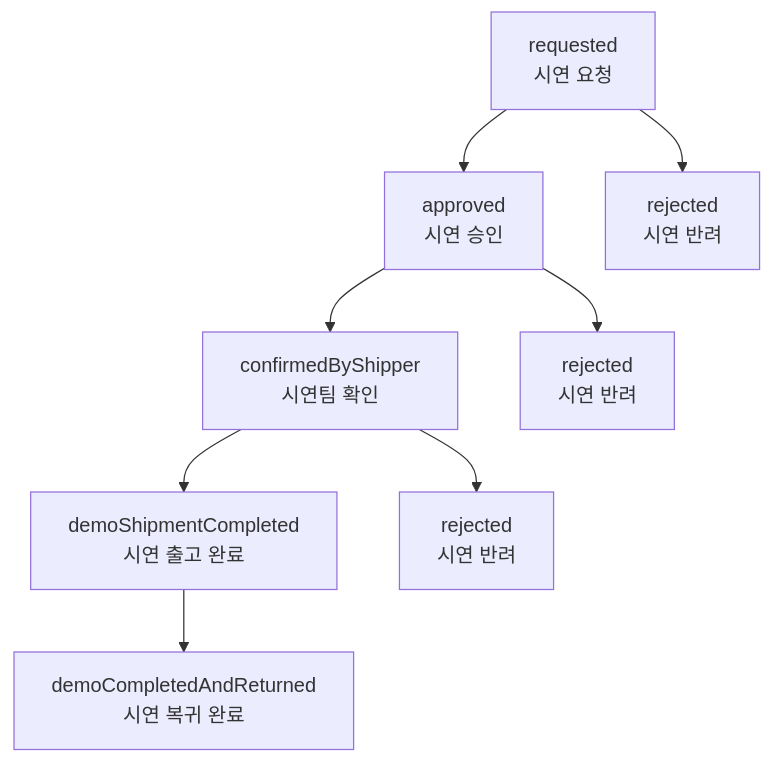
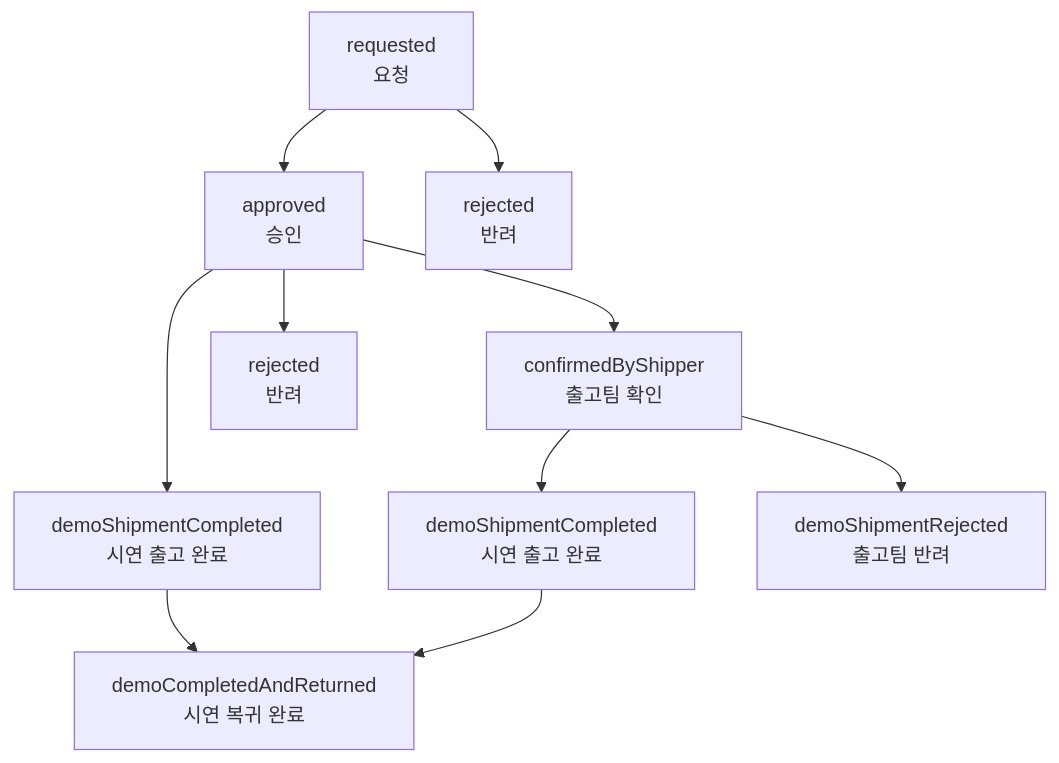
Before and after one commit to S-Soo100/Resource-Planning-System: the diagram in docs/demo-system-business-logic.md, drawn with Mermaid. The commit also changed other lines of this file and 5 other files, not shown here.

````diff
--- a/docs/demo-system-business-logic.md
+++ b/docs/demo-system-business-logic.md
@@ -29,10 +29,12 @@
 ```mermaid
 graph TD
-    A[requested<br/>시연 요청] --> B[approved<br/>시연 승인]
-    A --> C[rejected<br/>시연 반려]
-    B --> D[confirmedByShipper<br/>시연팀 확인]
-    B --> E[rejected<br/>시연 반려]
-    D --> F[demoShipmentCompleted<br/>시연 출고 완료]
-    D --> G[rejected<br/>시연 반려]
-    F --> H[demoCompletedAndReturned<br/>시연 복귀 완료]
+    A[requested<br/>요청] --> B[approved<br/>승인]
+    A --> C[rejected<br/>반려]
+    B --> D[confirmedByShipper<br/>출고팀 확인]
+    B --> E[rejected<br/>반려]
+    B --> F[demoShipmentCompleted<br/>시연 출고 완료]
+    D --> G[demoShipmentCompleted<br/>시연 출고 완료]
+    D --> H[demoShipmentRejected<br/>출고팀 반려]
+    F --> I[demoCompletedAndReturned<br/>시연 복귀 완료]
+    G --> I[demoCompletedAndReturned<br/>시연 복귀 완료]
 ```
````
